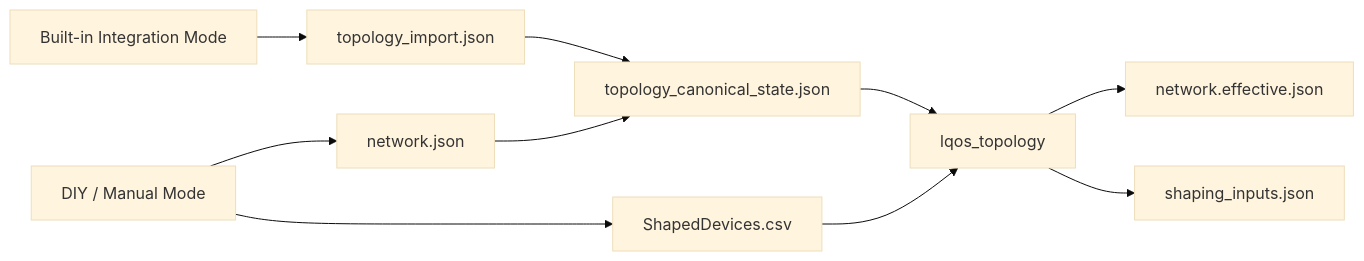
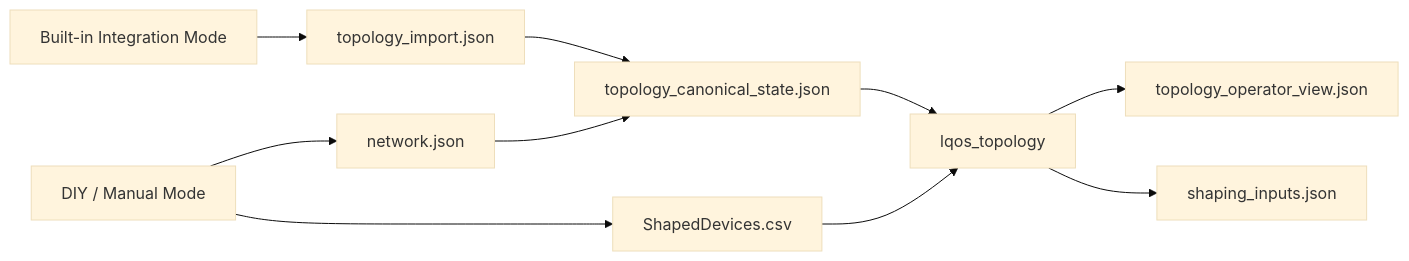
The third of 5 diagrams in docs/v2.0/topology-data-flow.md (LibreQoE/LibreQoS), drawn with Mermaid (base theme) before and after one commit. The commit also changed other lines of this file and 738 other files, not shown here.

````diff
--- a/docs/v2.0/topology-data-flow.md
+++ b/docs/v2.0/topology-data-flow.md
@@ -122,13 +124,13 @@
 ```{mermaid}
 flowchart LR
     A[Built-in Integration Mode] --> B[topology_import.json]
     B --> C[topology_canonical_state.json]
     C --> D[lqos_topology]
-    D --> E[network.effective.json]
+    D --> E[topology_operator_view.json]
     D --> F[shaping_inputs.json]
 
     G[DIY / Manual Mode] --> H[network.json]
     G --> I[ShapedDevices.csv]
     H --> C
     I --> D
 ```
````
